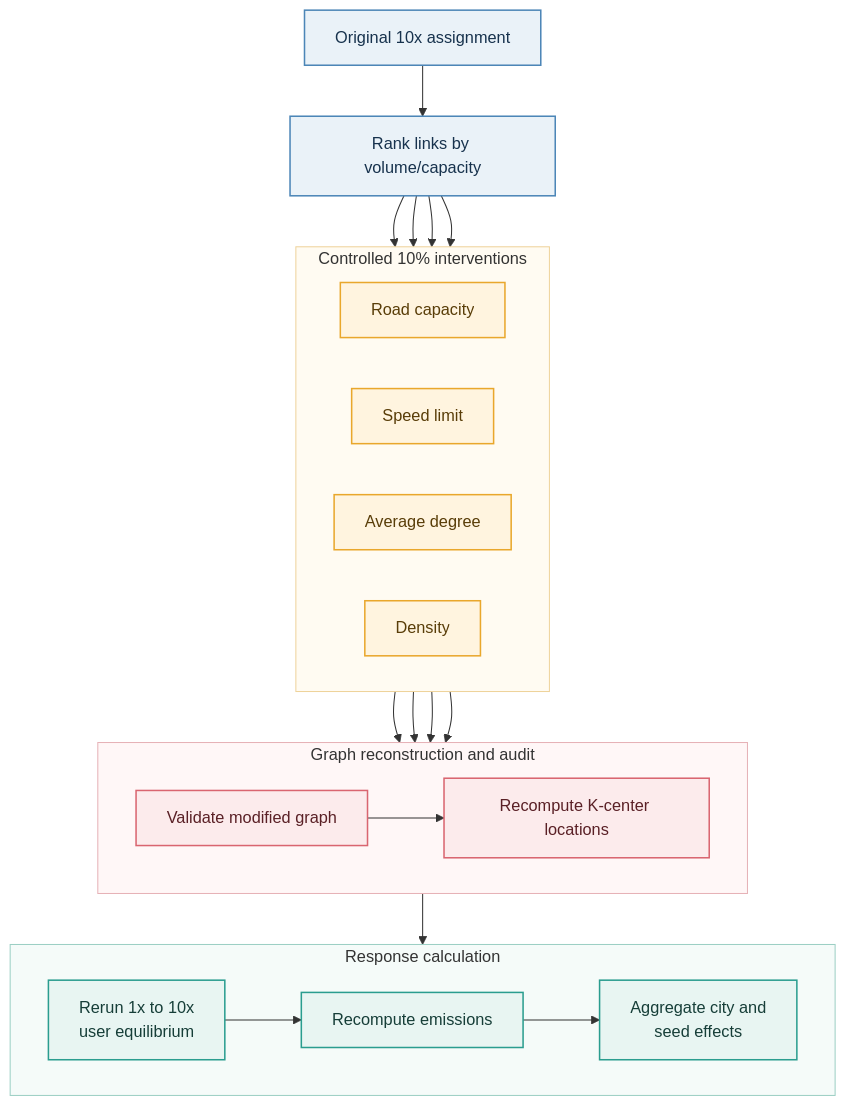
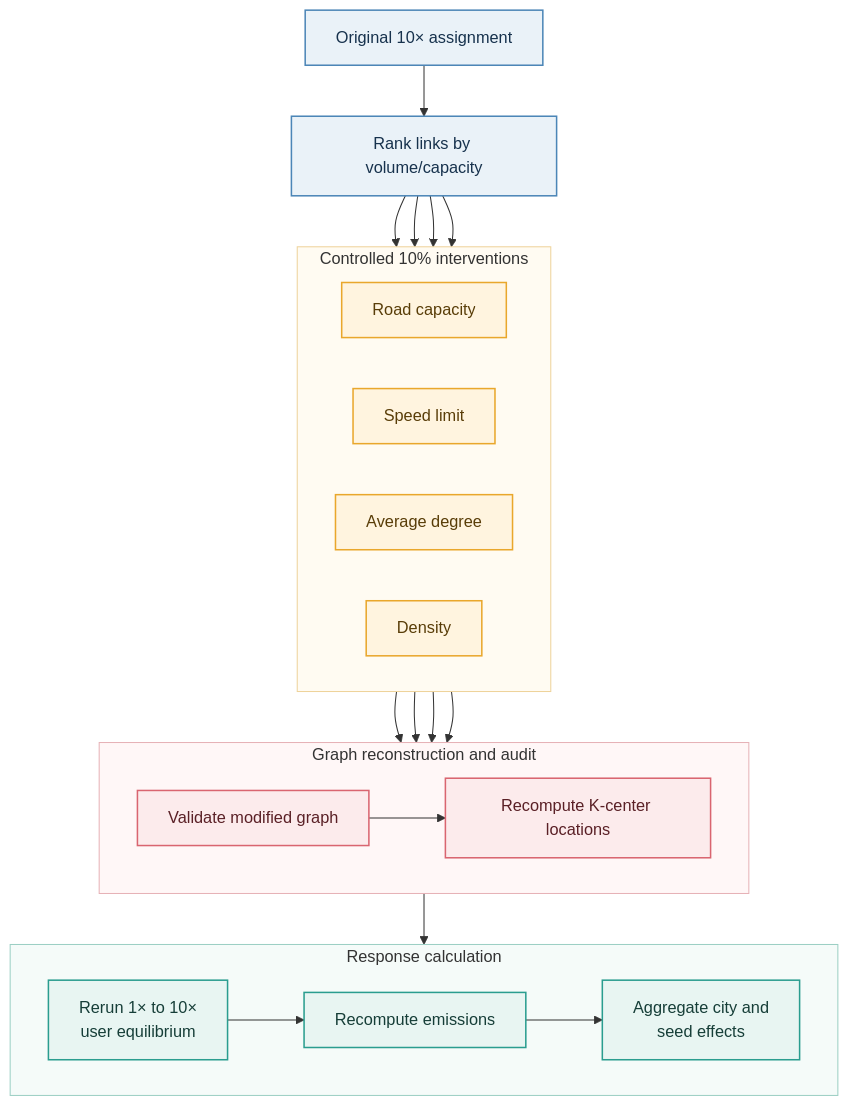
Before and after one commit to WaNgzh1rUi0413/road-network-decarbonization: the third of 3 diagrams in README.md, drawn with Mermaid. The commit also changed other lines of this file and 13 other files, not shown here.

````diff
--- a/README.md
+++ b/README.md
@@ -377,47 +380,47 @@
 ```mermaid
 flowchart TB
-    B["Original 10x assignment"] --> Q["Rank links by volume/capacity"]
+    B["Original 10× assignment"] --> Q["Rank links by volume/capacity"]
 
     subgraph OPTIONS[Controlled 10% interventions]
         direction LR
         C["Road capacity"]
         S["Speed limit"]
         D["Average degree"]
         R["Density"]
     end
 
     subgraph AUDIT[Graph reconstruction and audit]
         direction LR
         V["Validate modified graph"]
         K["Recompute K-center locations"]
     end
 
     subgraph RESPONSE[Response calculation]
         direction LR
-        U["Rerun 1x to 10x<br/>user equilibrium"]
+        U["Rerun 1× to 10×<br/>user equilibrium"]
         E["Recompute emissions"]
         G["Aggregate city and<br/>seed effects"]
     end
 
     Q --> C
     Q --> S
     Q --> D
     Q --> R
     C --> V
     S --> V
     D --> V
     R --> V
     V --> K --> U --> E --> G
 
     classDef baseline fill:#EAF2F8,stroke:#4C86B7,color:#17324D,stroke-width:1.5px;
     classDef choice fill:#FFF4DF,stroke:#E9A72C,color:#593D08,stroke-width:1.5px;
     classDef modify fill:#FCEBEC,stroke:#D96570,color:#5A2026,stroke-width:1.5px;
     classDef rerun fill:#E8F5F2,stroke:#2A9D8F,color:#163E38,stroke-width:1.5px;
     class B,Q baseline;
     class C,S,D,R choice;
     class V,K modify;
     class U,E,G rerun;
     style OPTIONS fill:#FFFBF2,stroke:#EED39B,stroke-width:1px
     style AUDIT fill:#FFF7F7,stroke:#E6B2B7,stroke-width:1px
     style RESPONSE fill:#F5FBF9,stroke:#9CCFC4,stroke-width:1px
 ```
````
